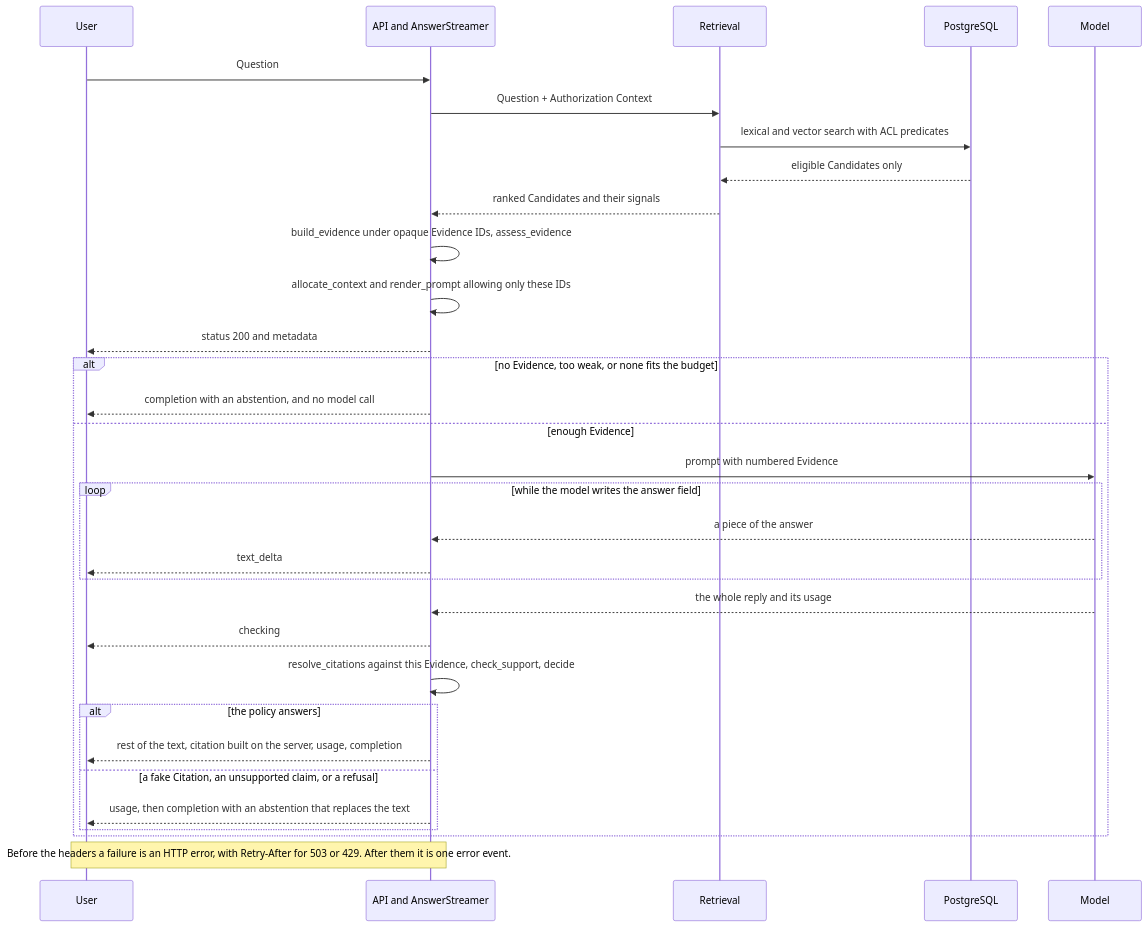
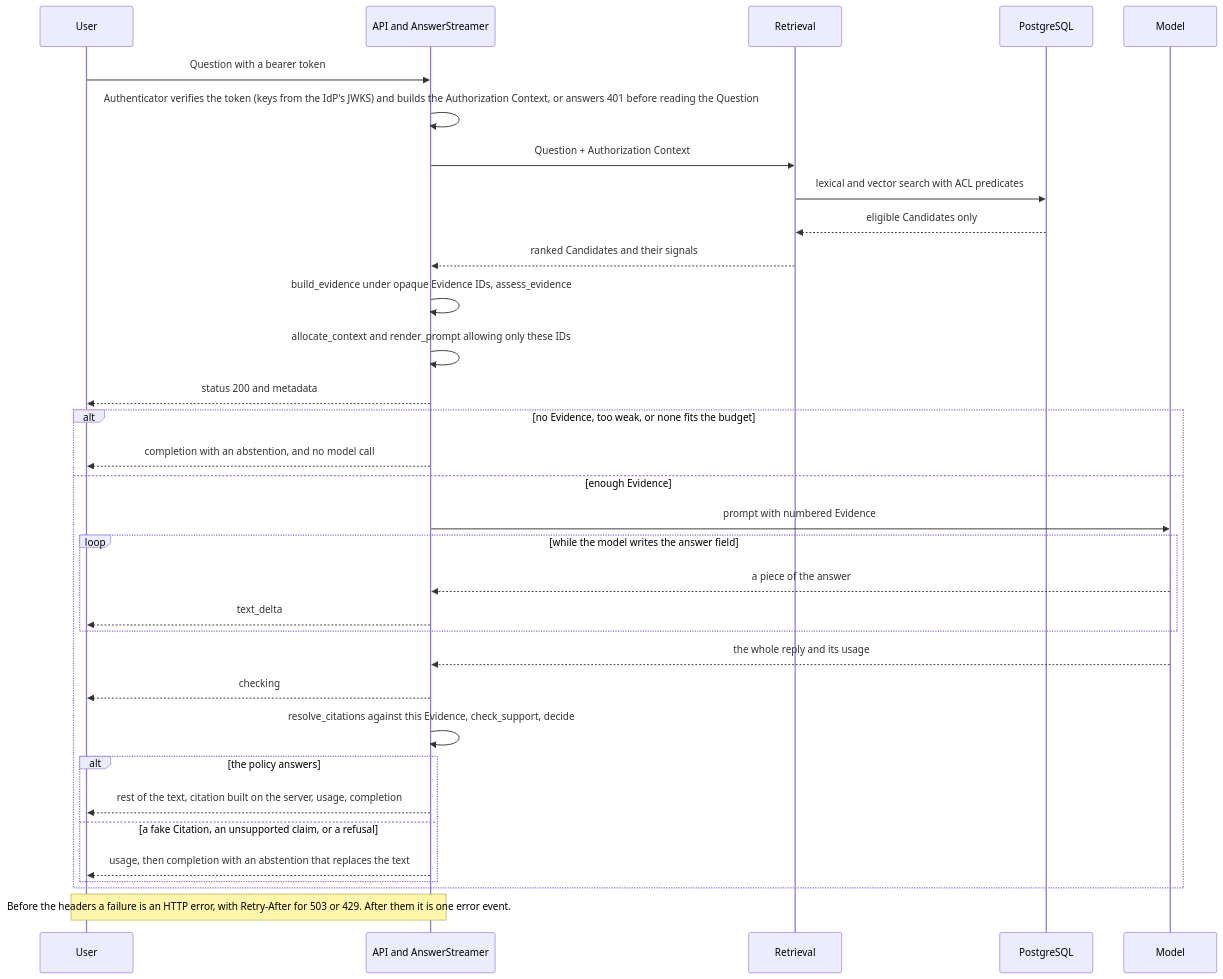
Before and after one commit to ivanverenich/knowledge-service: the tenth of 10 diagrams in docs/architecture.md, drawn with Mermaid. The commit also changed other lines of this file and 19 other files, not shown here.

````diff
--- a/docs/architecture.md
+++ b/docs/architecture.md
@@ -386,34 +386,35 @@
 ```mermaid
 sequenceDiagram
     participant User
     participant API as API and AnswerStreamer
     participant Retrieval
     participant DB as PostgreSQL
     participant Model
-    User->>API: Question
+    User->>API: Question with a bearer token
+    API->>API: Authenticator verifies the token (keys from the IdP's JWKS) and builds the Authorization Context, or answers 401 before reading the Question
     API->>Retrieval: Question + Authorization Context
     Retrieval->>DB: lexical and vector search with ACL predicates
     DB-->>Retrieval: eligible Candidates only
     Retrieval-->>API: ranked Candidates and their signals
     API->>API: build_evidence under opaque Evidence IDs, assess_evidence
     API->>API: allocate_context and render_prompt allowing only these IDs
     API-->>User: status 200 and metadata
     alt no Evidence, too weak, or none fits the budget
         API-->>User: completion with an abstention, and no model call
     else enough Evidence
         API->>Model: prompt with numbered Evidence
         loop while the model writes the answer field
             Model-->>API: a piece of the answer
             API-->>User: text_delta
         end
         Model-->>API: the whole reply and its usage
         API-->>User: checking
         API->>API: resolve_citations against this Evidence, check_support, decide
         alt the policy answers
             API-->>User: rest of the text, citation built on the server, usage, completion
         else a fake Citation, an unsupported claim, or a refusal
             API-->>User: usage, then completion with an abstention that replaces the text
         end
     end
     Note over API,User: Before the headers a failure is an HTTP error, with Retry-After for 503 or 429. After them it is one error event.
 ```
````
